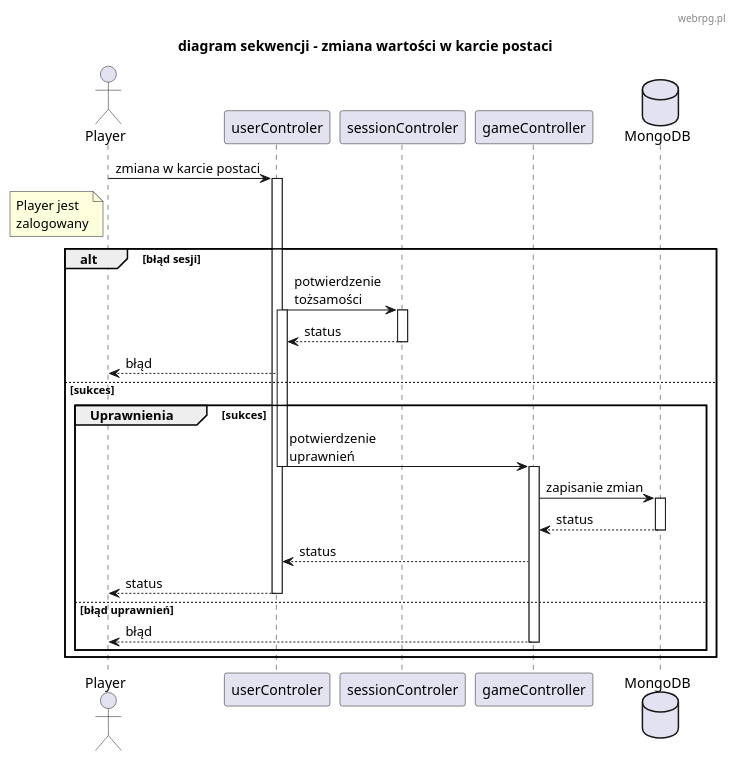
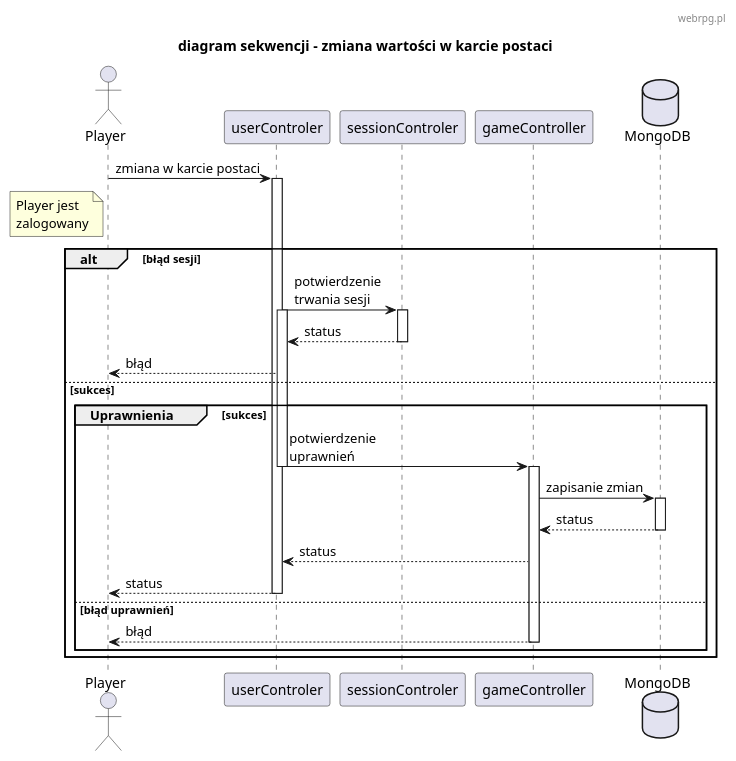
The diagram in diagrams/diagram_sekwencji2.plantuml (TheVivent-Politechnika-Lodzka/io_webrpg), drawn with PlantUML before and after one commit. The commit also changed 1 other file, not shown here.

```diff
--- a/diagrams/diagram_sekwencji2.plantuml
+++ b/diagrams/diagram_sekwencji2.plantuml
@@ -1,51 +1,51 @@
 @startuml
 skinparam defaultFontName "Comic Sans MS"
 header webrpg.pl
 title "diagram sekwencji - zmiana wartości w karcie postaci"
 
 actor Player
 participant "userControler" as UserController
 participant "sessionControler" as SessionControler
 participant "gameController" as GameController
 database MongoDB as db
 
 Player -> UserController : zmiana w karcie postaci
 activate UserController
 
 note left of Player: Player jest\nzalogowany 
 
 alt błąd sesji
 
-    UserController -> SessionControler : potwierdzenie\ntożsamości
+    UserController -> SessionControler : potwierdzenie\ntrwania sesji
         activate UserController
         activate SessionControler
     SessionControler --> UserController : status
         deactivate SessionControler
     UserController --> Player : błąd
 
 else sukces
 
     group Uprawnienia [sukces]
 
         UserController -> GameController : potwierdzenie\nuprawnień
             deactivate UserController
             activate GameController
         GameController -> db : zapisanie zmian
             activate db
         db --> GameController : status
             deactivate db
         GameController --> UserController : status 
         UserController --> Player : status
             deactivate UserController
 
     else błąd uprawnień 
 
         GameController --> Player : błąd
             deactivate GameController
 
 end
 end
 
 
 
 @enduml
```
